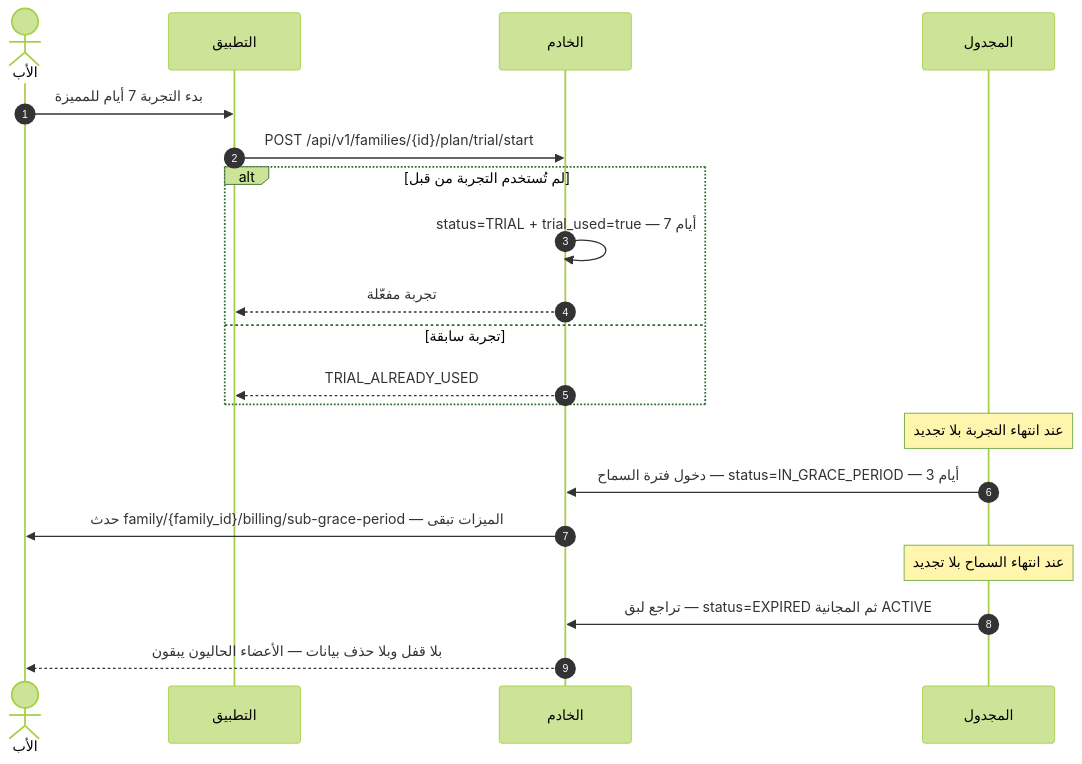
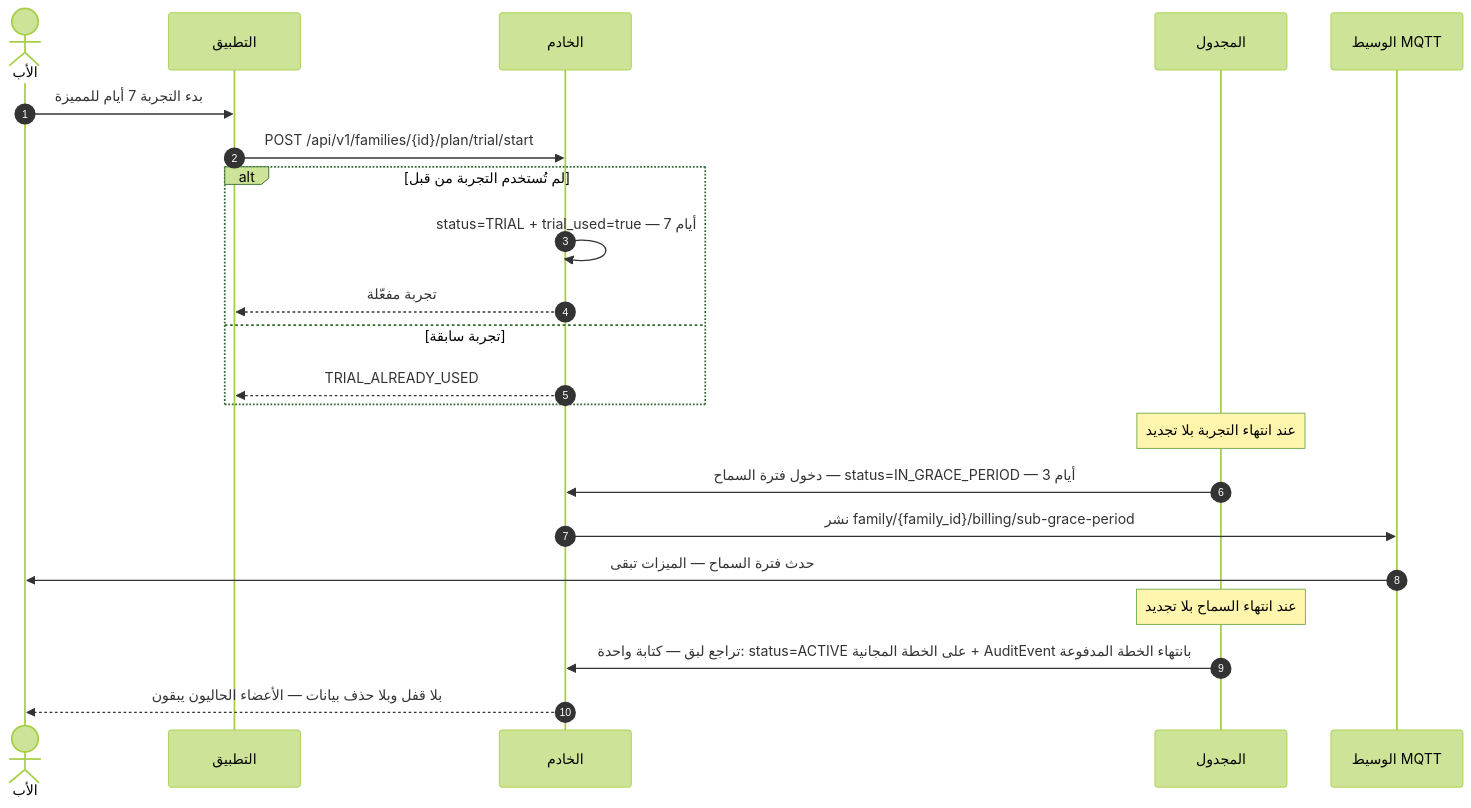
Before and after one commit to Bassam-mohammed-alqaeadi/family-os-v2: the sixth of 12 diagrams in docs/family-os/governance/phases/phase-1/S1-04-plans-and-subscriptions/DIAGRAMS.md, drawn with Mermaid (forest theme). The commit also changed other lines of this file and 3 other files, not shown here.

````diff
--- a/docs/family-os/governance/phases/phase-1/S1-04-plans-and-subscriptions/DIAGRAMS.md
+++ b/docs/family-os/governance/phases/phase-1/S1-04-plans-and-subscriptions/DIAGRAMS.md
@@ -281,22 +289,24 @@
 ```mermaid
 sequenceDiagram
     autonumber
     actor Father as الأب
     participant App as التطبيق
     participant Ktor as الخادم
     participant Sched as المجدول
+    participant Broker as الوسيط MQTT
     Father->>App: بدء التجربة 7 أيام للمميزة
     App->>Ktor: POST /api/v1/families/{id}/plan/trial/start
     alt لم تُستخدم التجربة من قبل
         Ktor->>Ktor: status=TRIAL + trial_used=true — 7 أيام
         Ktor-->>App: تجربة مفعّلة
     else تجربة سابقة
         Ktor-->>App: TRIAL_ALREADY_USED
     end
     Note over Sched: عند انتهاء التجربة بلا تجديد
     Sched->>Ktor: دخول فترة السماح — status=IN_GRACE_PERIOD — 3 أيام
-    Ktor->>Father: حدث family/{family_id}/billing/sub-grace-period — الميزات تبقى
+    Ktor->>Broker: نشر family/{family_id}/billing/sub-grace-period
+    Broker->>Father: حدث فترة السماح — الميزات تبقى
     Note over Sched: عند انتهاء السماح بلا تجديد
-    Sched->>Ktor: تراجع لبق — status=EXPIRED ثم المجانية ACTIVE
+    Sched->>Ktor: تراجع لبق — كتابة واحدة: status=ACTIVE على الخطة المجانية + AuditEvent بانتهاء الخطة المدفوعة
     Ktor-->>Father: بلا قفل وبلا حذف بيانات — الأعضاء الحاليون يبقون
 ```
````
